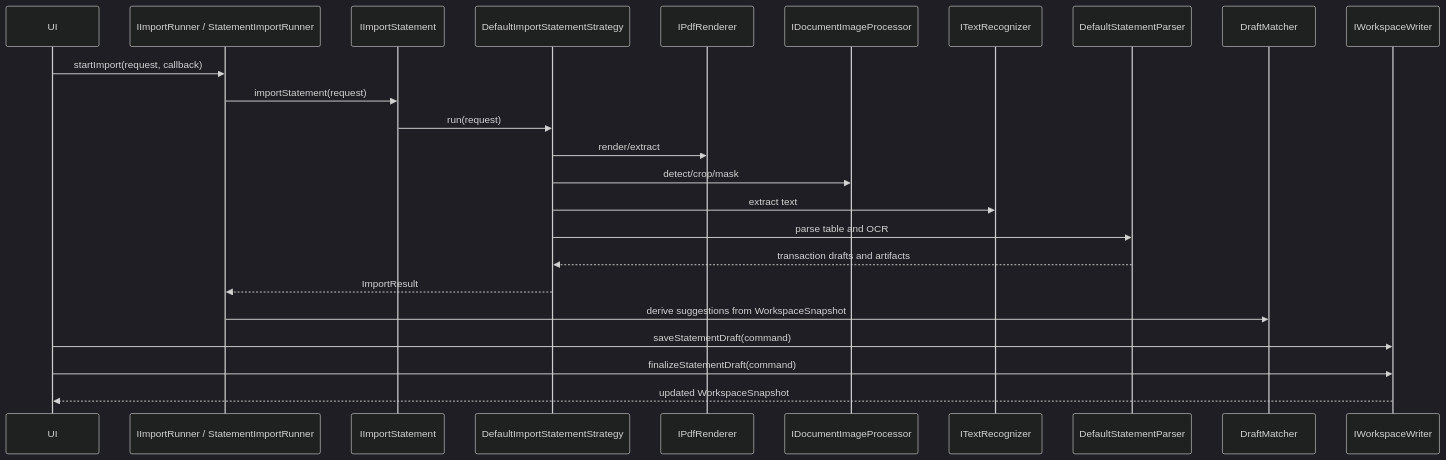
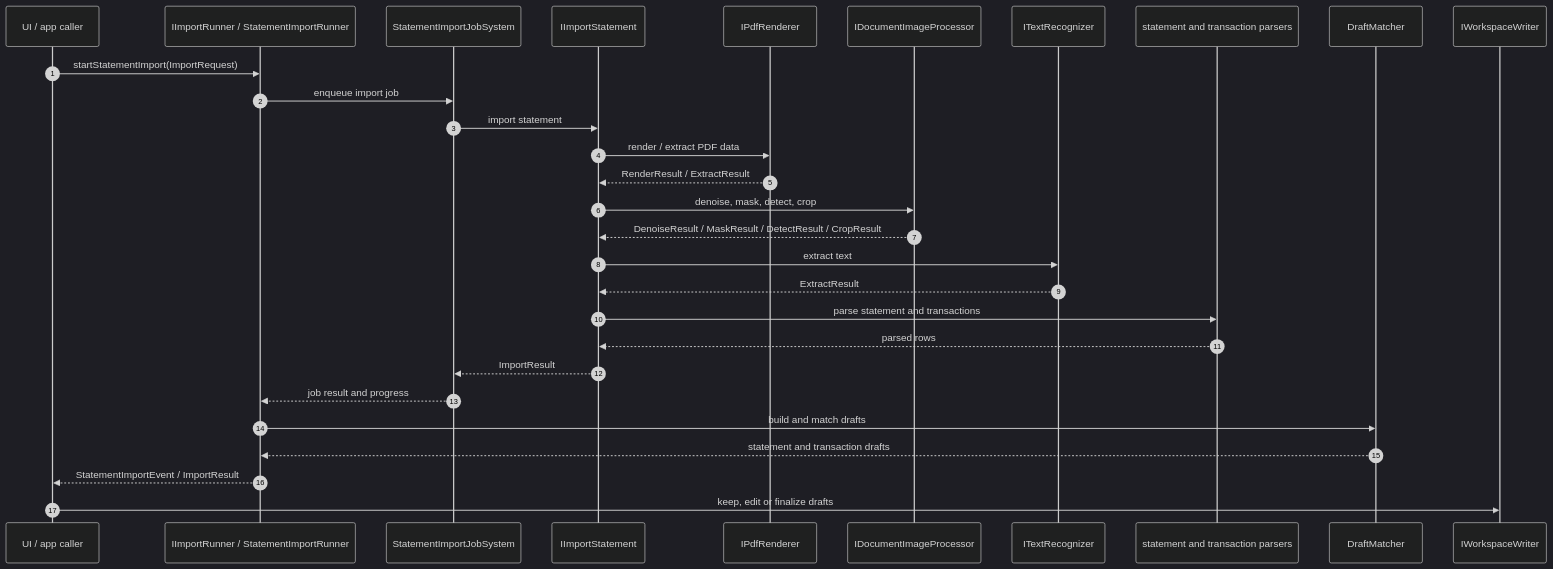
Before and after one commit to Wiiii90/FOSSredder: the seventh of 19 diagrams in docs/DESIGN.md, drawn with Mermaid (dark theme). The commit also changed other lines of this file and 6 other files, not shown here.

````diff
--- a/docs/DESIGN.md
+++ b/docs/DESIGN.md
@@ -811,27 +514,32 @@
 ```mermaid
 sequenceDiagram
-    participant UI as UI
-    participant Runner as IImportRunner / StatementImportRunner
-    participant Importer as IImportStatement
-    participant Strategy as DefaultImportStatementStrategy
-    participant Pdf as IPdfRenderer
-    participant Image as IDocumentImageProcessor
-    participant Ocr as ITextRecognizer
-    participant Parser as DefaultStatementParser
-    participant Matcher as DraftMatcher
-    participant Writer as IWorkspaceWriter
+  autonumber
+  participant UI as UI / app caller
+  participant Runner as IImportRunner / StatementImportRunner
+  participant Jobs as StatementImportJobSystem
+  participant Importer as IImportStatement
+  participant Pdf as IPdfRenderer
+  participant Image as IDocumentImageProcessor
+  participant Ocr as ITextRecognizer
+  participant Parser as statement and transaction parsers
+  participant Matcher as DraftMatcher
+  participant Writer as IWorkspaceWriter
 
-    UI->>Runner: startImport(request, callback)
-    Runner->>Importer: importStatement(request)
-    Importer->>Strategy: run(request)
-    Strategy->>Pdf: render/extract
-    Strategy->>Image: detect/crop/mask
-    Strategy->>Ocr: extract text
-    Strategy->>Parser: parse table and OCR
-    Parser-->>Strategy: transaction drafts and artifacts
-    Strategy-->>Runner: ImportResult
-    Runner->>Matcher: derive suggestions from WorkspaceSnapshot
-    UI->>Writer: saveStatementDraft(command)
-    UI->>Writer: finalizeStatementDraft(command)
-    Writer-->>UI: updated WorkspaceSnapshot
+  UI->>Runner: startStatementImport(ImportRequest)
+  Runner->>Jobs: enqueue import job
+  Jobs->>Importer: import statement
+  Importer->>Pdf: render / extract PDF data
+  Pdf-->>Importer: RenderResult / ExtractResult
+  Importer->>Image: denoise, mask, detect, crop
+  Image-->>Importer: DenoiseResult / MaskResult / DetectResult / CropResult
+  Importer->>Ocr: extract text
+  Ocr-->>Importer: ExtractResult
+  Importer->>Parser: parse statement and transactions
+  Parser-->>Importer: parsed rows
+  Importer-->>Jobs: ImportResult
+  Jobs-->>Runner: job result and progress
+  Runner->>Matcher: build and match drafts
+  Matcher-->>Runner: statement and transaction drafts
+  Runner-->>UI: StatementImportEvent / ImportResult
+  UI->>Writer: keep, edit or finalize drafts
 ```
````
